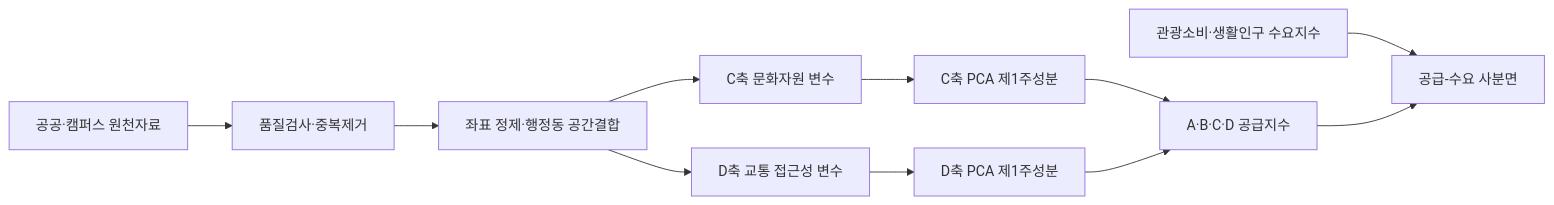
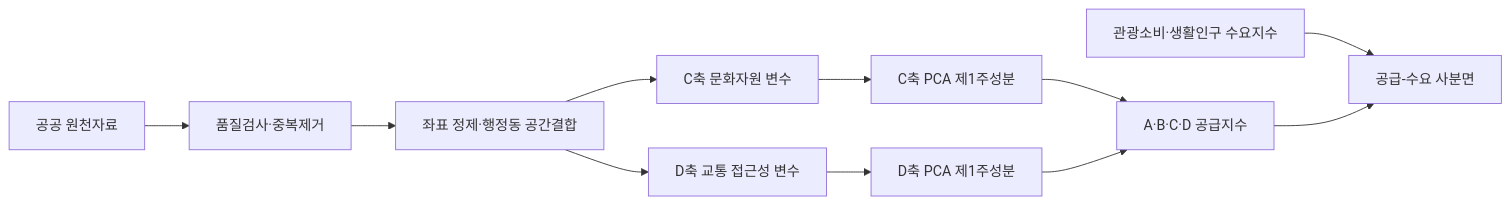
Before and after one commit to chan12-photo/seoul-tourism-experience-index: the diagram in README.md, drawn with Mermaid. The commit also changed other lines of this file and 9 other files, not shown here.

````diff
--- a/README.md
+++ b/README.md
@@ -42,13 +46,13 @@
 ```mermaid
 flowchart LR
-    R[공공·캠퍼스 원천자료] --> Q[품질검사·중복제거]
+    R[공공 원천자료] --> Q[품질검사·중복제거]
     Q --> G[좌표 정제·행정동 공간결합]
     G --> C[C축 문화자원 변수]
     G --> D[D축 교통 접근성 변수]
     C --> CP[C축 PCA 제1주성분]
     D --> DP[D축 PCA 제1주성분]
     CP --> X[A·B·C·D 공급지수]
     DP --> X
     Y[관광소비·생활인구 수요지수] --> M[공급-수요 사분면]
     X --> M
 ```
````
